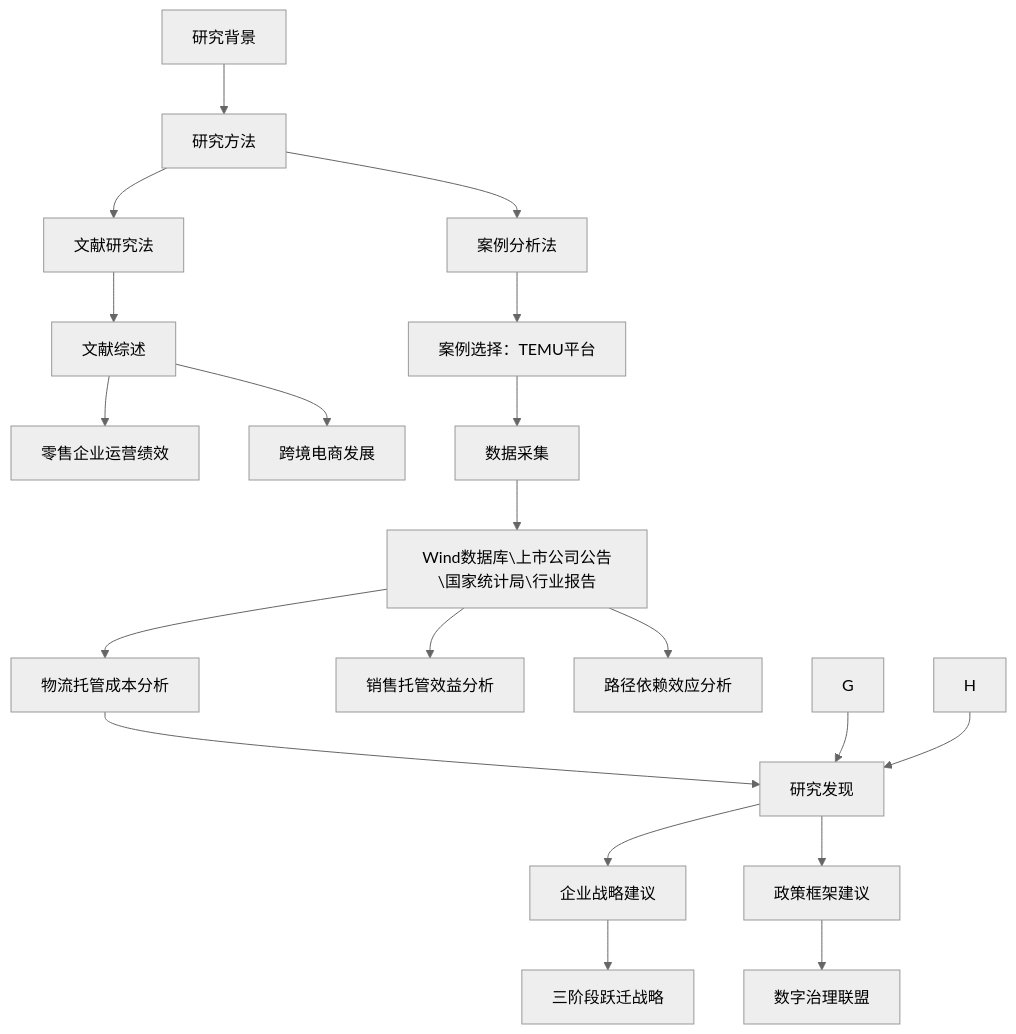
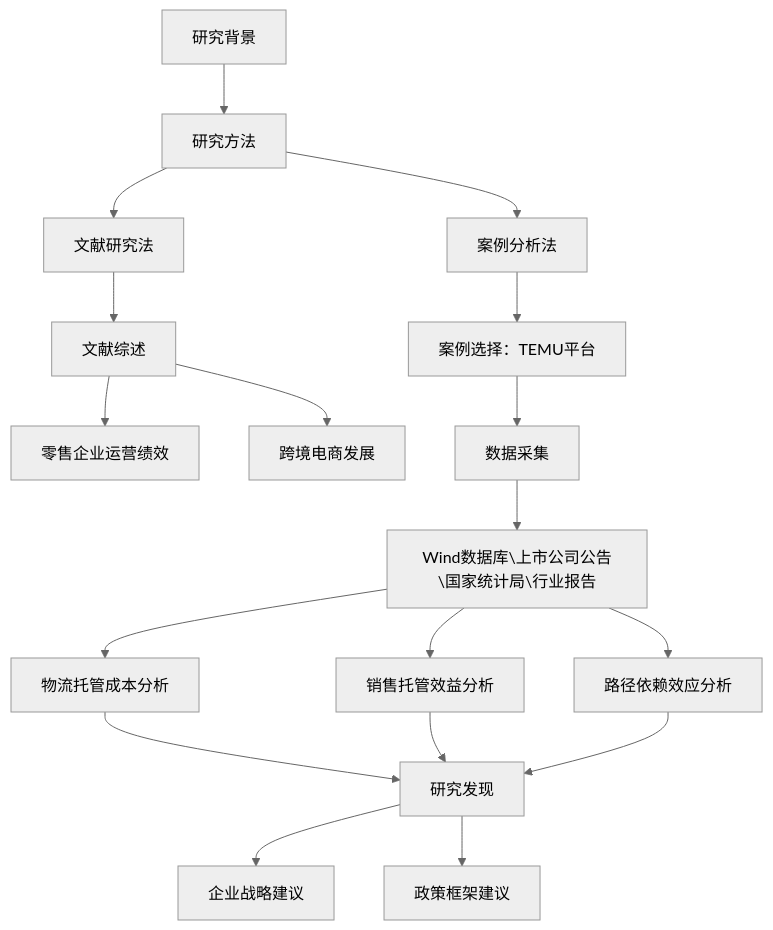
One commit to Zora0203/iodraw-files changed the diagram in all/未命名.md. Above: the diagram before and after it, drawn with Mermaid (neutral theme).

Commit message:
2025-03-02 19:29:18 update

````diff
--- a/all/未命名.md
+++ b/all/未命名.md
@@ -1,31 +1,29 @@
 ```mermaid
 graph TD
     A[研究背景] --> B[研究方法]
     B --> B1[文献研究法]
     B --> B2[案例分析法]
 
  
     
     B1 --> C[文献综述]
     C --> C1[零售企业运营绩效]
     C --> C2[跨境电商发展]
 
     
     B2 --> D[案例选择：TEMU平台]
     D --> D1[数据采集]
     D1 --> D11[Wind数据库\上市公司公告\国家统计局\行业报告]
 
     
     D11--> E1[物流托管成本分析]
    D11 --> E2[销售托管效益分析]
     D11 --> E3[路径依赖效应分析]
 
-    E1 & G & H --> I[研究发现]
+    E1 & E2 & E3 --> I[研究发现]
     I --> J[企业战略建议]
     I --> K[政策框架建议]
-    
-    J --> J1[三阶段跃迁战略]
-    K --> K1[数字治理联盟]
+
     
 
 ```
````
